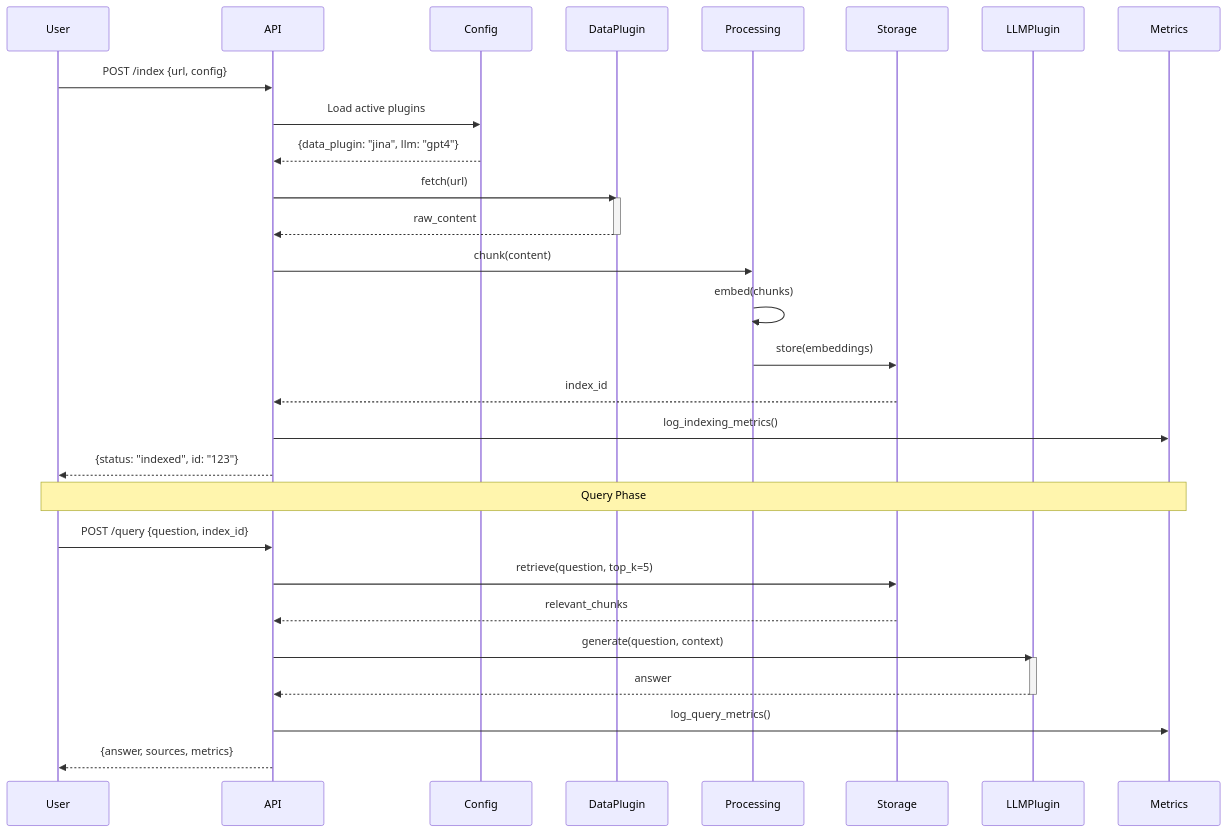
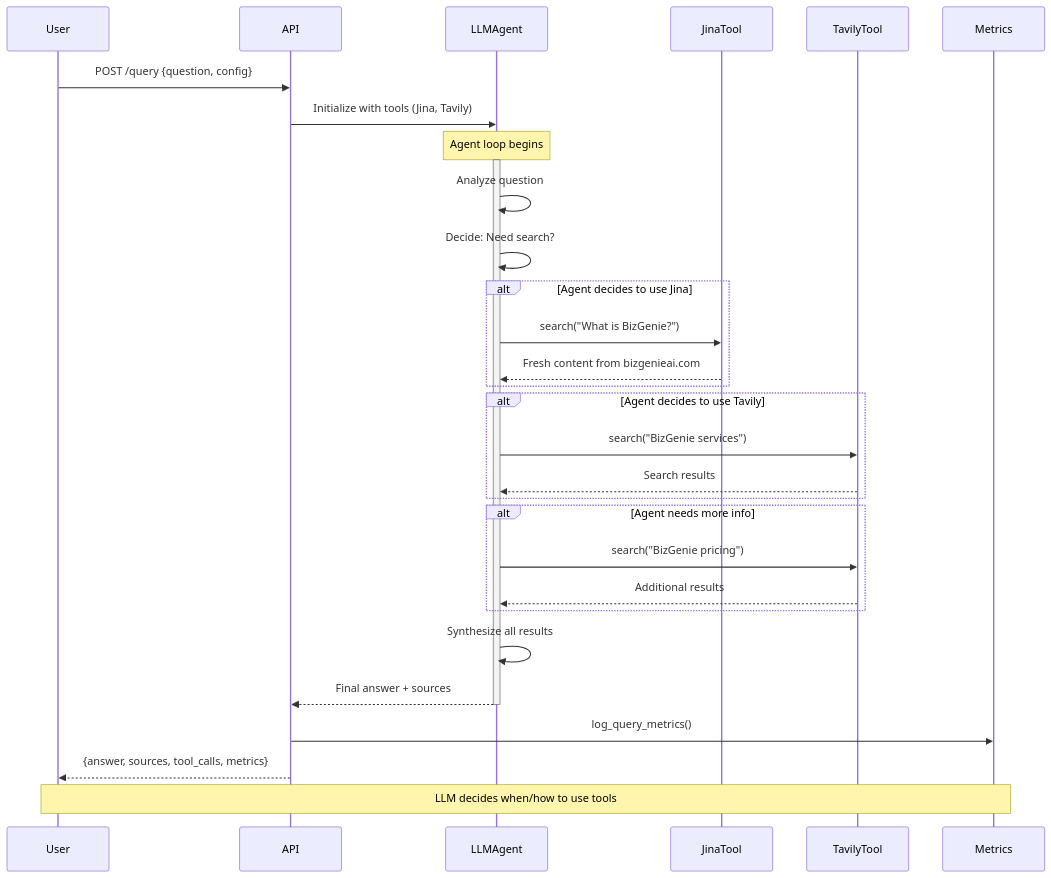
One commit to dviresh93/bizgenie-website-rag-eval changed the fifth of 9 diagrams in IMPLEMENTATION.md. Above: the diagram before and after it, drawn with Mermaid. The commit also changed other lines of this file and 75 other files, not shown here.

````diff
--- a/IMPLEMENTATION.md
+++ b/IMPLEMENTATION.md
@@ -131,42 +194,42 @@
 ```mermaid
 sequenceDiagram
     participant User
     participant API
-    participant Config
-    participant DataPlugin
-    participant Processing
-    participant Storage
-    participant LLMPlugin
+    participant LLMAgent
+    participant JinaTool
+    participant TavilyTool
     participant Metrics
 
-    User->>API: POST /index {url, config}
-    API->>Config: Load active plugins
-    Config-->>API: {data_plugin: "jina", llm: "gpt4"}
+    User->>API: POST /query {question, config}
+    API->>LLMAgent: Initialize with tools (Jina, Tavily)
 
-    API->>DataPlugin: fetch(url)
-    activate DataPlugin
-    DataPlugin-->>API: raw_content
-    deactivate DataPlugin
+    Note over LLMAgent: Agent loop begins
+    activate LLMAgent
 
-    API->>Processing: chunk(content)
-    Processing->>Processing: embed(chunks)
-    Processing->>Storage: store(embeddings)
-    Storage-->>API: index_id
+    LLMAgent->>LLMAgent: Analyze question
+    LLMAgent->>LLMAgent: Decide: Need search?
 
-    API->>Metrics: log_indexing_metrics()
-    API-->>User: {status: "indexed", id: "123"}
+    alt Agent decides to use Jina
+        LLMAgent->>JinaTool: search("What is BizGenie?")
+        JinaTool-->>LLMAgent: Fresh content from bizgenieai.com
+    end
 
-    Note over User,Metrics: Query Phase
+    alt Agent decides to use Tavily
+        LLMAgent->>TavilyTool: search("BizGenie services")
+        TavilyTool-->>LLMAgent: Search results
+    end
 
-    User->>API: POST /query {question, index_id}
-    API->>Storage: retrieve(question, top_k=5)
-    Storage-->>API: relevant_chunks
+    alt Agent needs more info
+        LLMAgent->>TavilyTool: search("BizGenie pricing")
+        TavilyTool-->>LLMAgent: Additional results
+    end
 
-    API->>LLMPlugin: generate(question, context)
-    activate LLMPlugin
-    LLMPlugin-->>API: answer
-    deactivate LLMPlugin
+    LLMAgent->>LLMAgent: Synthesize all results
+    LLMAgent-->>API: Final answer + sources
+    deactivate LLMAgent
 
     API->>Metrics: log_query_metrics()
-    API-->>User: {answer, sources, metrics}
+    API-->>User: {answer, sources, tool_calls, metrics}
+
+    Note over User,Metrics: LLM decides when/how to use tools
 ```
````
